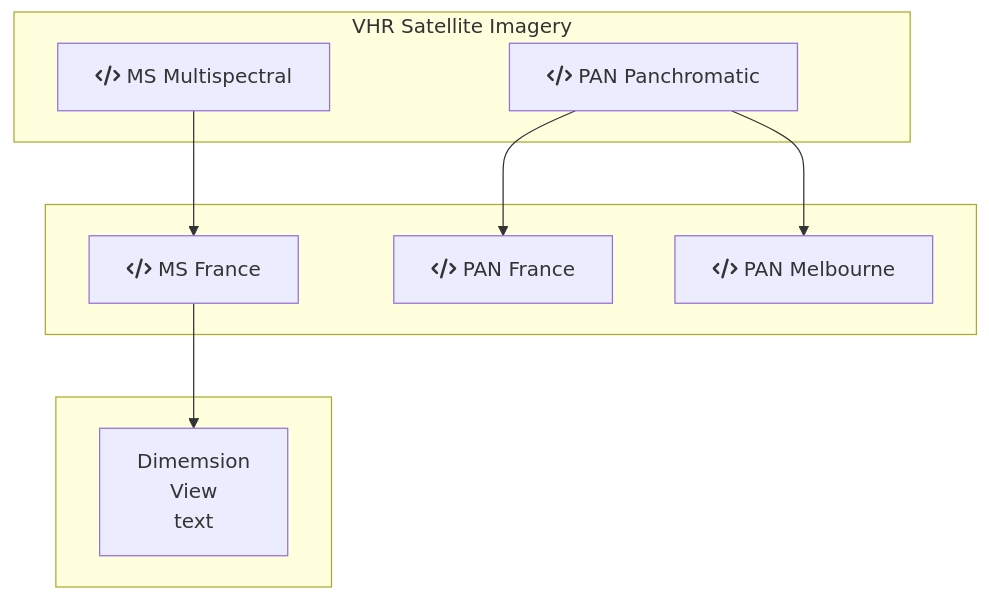
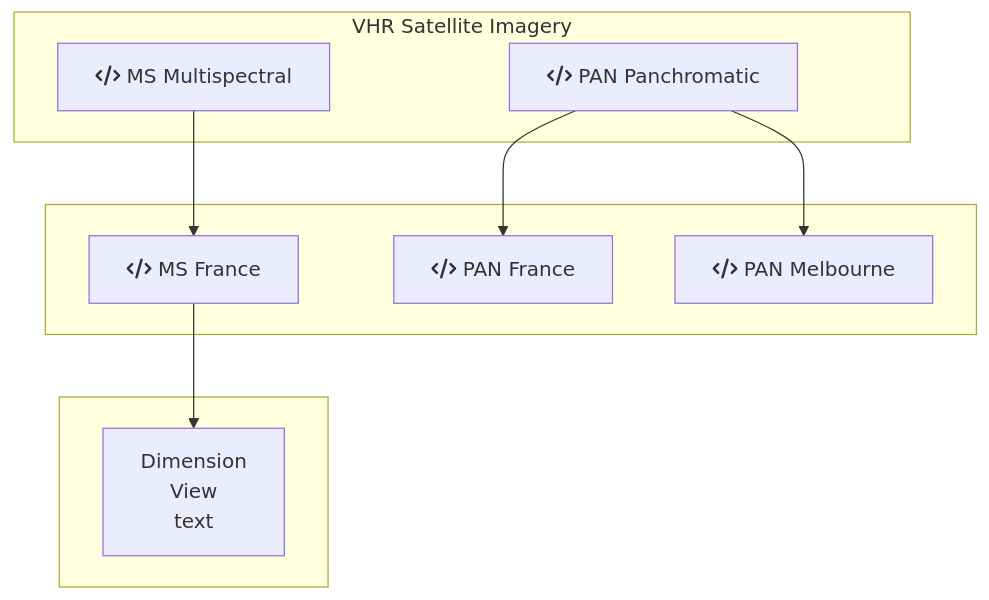
The diagram in Pleiades/README.md (DippoldEJ/Satellite-Datasets), drawn with Mermaid before and after one commit.

````diff
--- a/Pleiades/README.md
+++ b/Pleiades/README.md
@@ -7,26 +7,26 @@
 ```mermaid
 flowchart TD;
 
 subgraph VHR Satellite Imagery
     a[fa:fa-code MS Multispectral]
     b[fa:fa-code PAN Panchromatic]
     end
 
 subgraph  
     c[fa:fa-code MS France]
     d[fa:fa-code PAN France]
     e[fa:fa-code PAN Melbourne]
     end
 
 subgraph  
-    f["`Dimemsion
+    f["`Dimension
     View
     text`"]
 end
 
 c --> f
 a --> c
 b --> d
 b --> e
 
 ```
````
